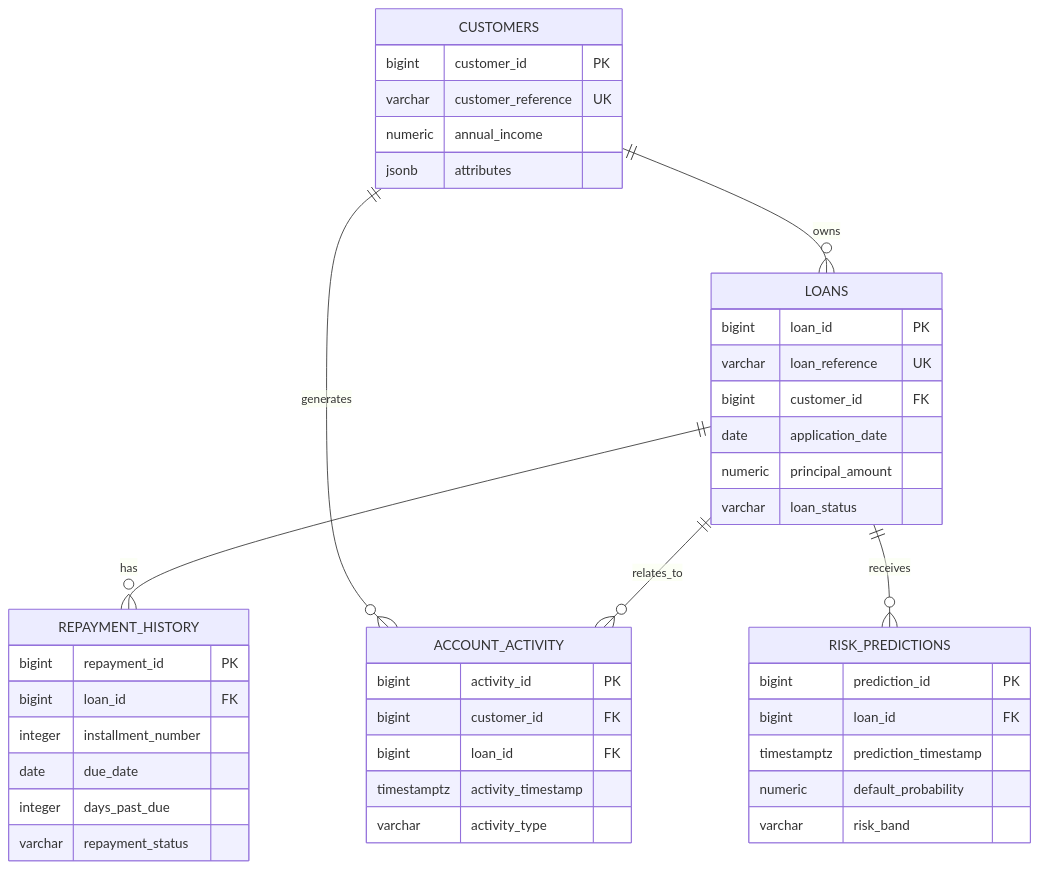
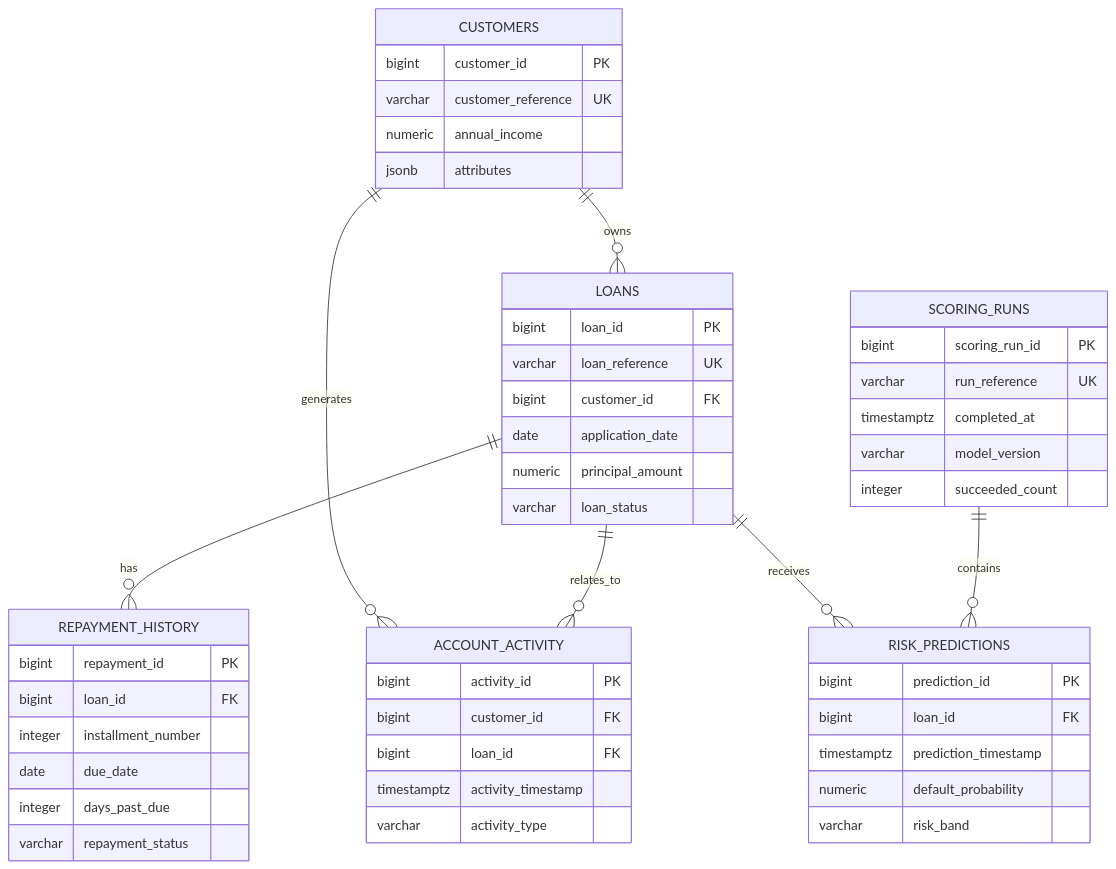
One commit to yeshwanth-ux/Banking-Credit-Risk-Prediction-and-Early-Warning-System changed the diagram in docs/database.md. Above: the diagram before and after it, drawn with Mermaid. The commit also changed other lines of this file and 11 other files, not shown here.

Commit message:
Persist risk predictions and expose portfolio analytics

````diff
--- a/docs/database.md
+++ b/docs/database.md
@@ -20,45 +20,53 @@
 ```mermaid
 erDiagram
     CUSTOMERS ||--o{ LOANS : owns
     CUSTOMERS ||--o{ ACCOUNT_ACTIVITY : generates
     LOANS ||--o{ REPAYMENT_HISTORY : has
     LOANS ||--o{ ACCOUNT_ACTIVITY : relates_to
     LOANS ||--o{ RISK_PREDICTIONS : receives
+    SCORING_RUNS ||--o{ RISK_PREDICTIONS : contains
 
     CUSTOMERS {
         bigint customer_id PK
         varchar customer_reference UK
         numeric annual_income
         jsonb attributes
     }
     LOANS {
         bigint loan_id PK
         varchar loan_reference UK
         bigint customer_id FK
         date application_date
         numeric principal_amount
         varchar loan_status
     }
     REPAYMENT_HISTORY {
         bigint repayment_id PK
         bigint loan_id FK
         integer installment_number
         date due_date
         integer days_past_due
         varchar repayment_status
     }
     ACCOUNT_ACTIVITY {
         bigint activity_id PK
         bigint customer_id FK
         bigint loan_id FK
         timestamptz activity_timestamp
         varchar activity_type
     }
     RISK_PREDICTIONS {
         bigint prediction_id PK
         bigint loan_id FK
         timestamptz prediction_timestamp
         numeric default_probability
         varchar risk_band
     }
+    SCORING_RUNS {
+        bigint scoring_run_id PK
+        varchar run_reference UK
+        timestamptz completed_at
+        varchar model_version
+        integer succeeded_count
+    }
 ```
````
